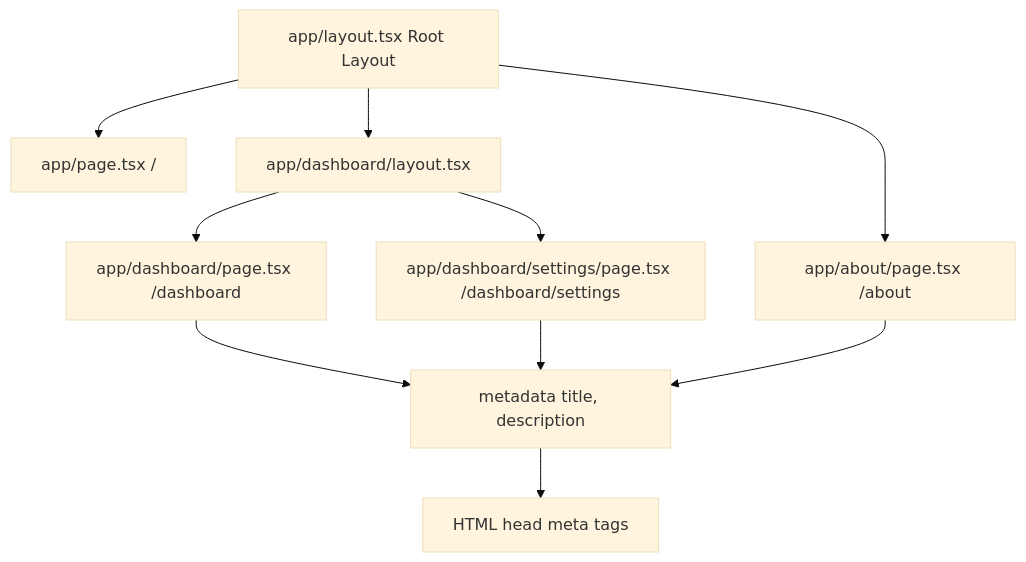
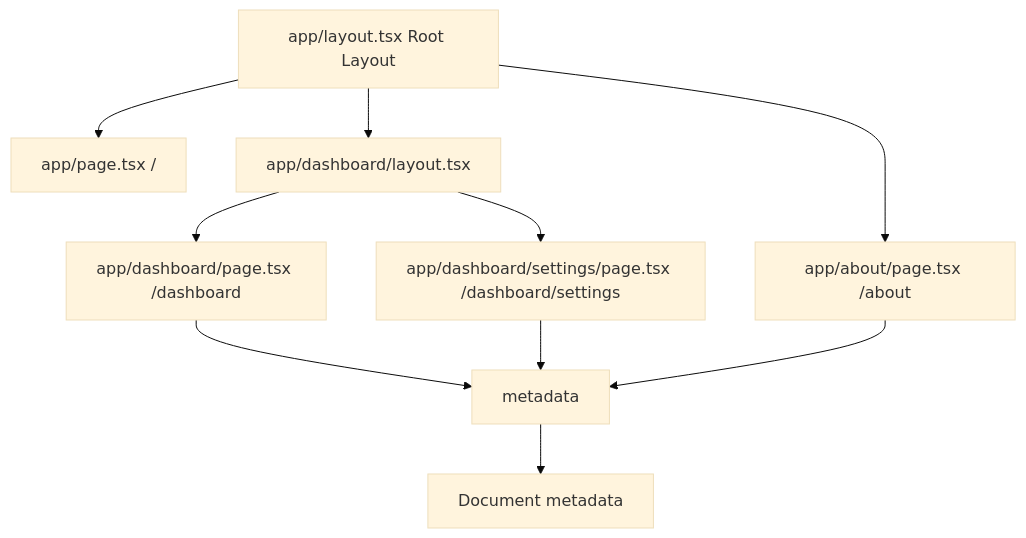
Before and after one commit to kaushalkumar8459/CodingTerminal-Tutorial-Notes: the diagram in tutorial-platform/public/tutorials/nextjs/day-004-pages-and-layouts.md, drawn with Mermaid (base theme). The commit also changed other lines of this file, not shown here.

````diff
--- a/tutorial-platform/public/tutorials/nextjs/day-004-pages-and-layouts.md
+++ b/tutorial-platform/public/tutorials/nextjs/day-004-pages-and-layouts.md
@@ -359,12 +356,12 @@
 ```mermaid
 flowchart TD
   A[app/layout.tsx Root Layout] --> B[app/page.tsx /]
   A --> C[app/dashboard/layout.tsx]
   C --> D[app/dashboard/page.tsx /dashboard]
   C --> E[app/dashboard/settings/page.tsx /dashboard/settings]
   A --> F[app/about/page.tsx /about]
-  D --> G[metadata title, description]
+  D --> G[metadata]
   E --> G
   F --> G
-  G --> H[HTML head meta tags]
+  G --> H[Document metadata]
 ```
````
